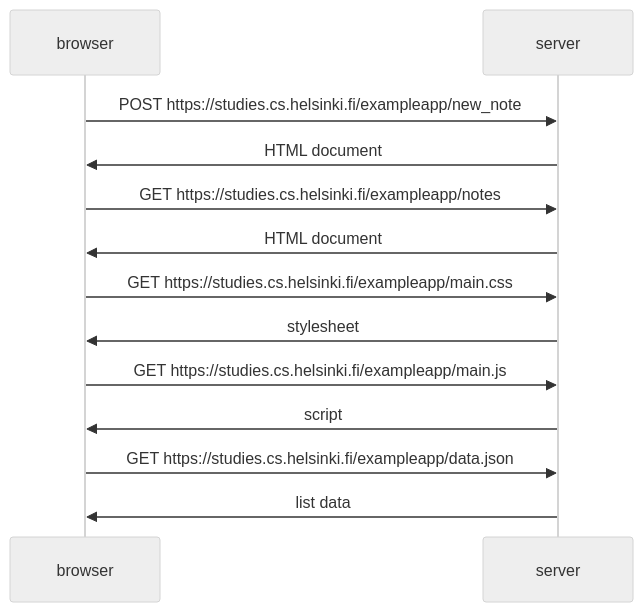
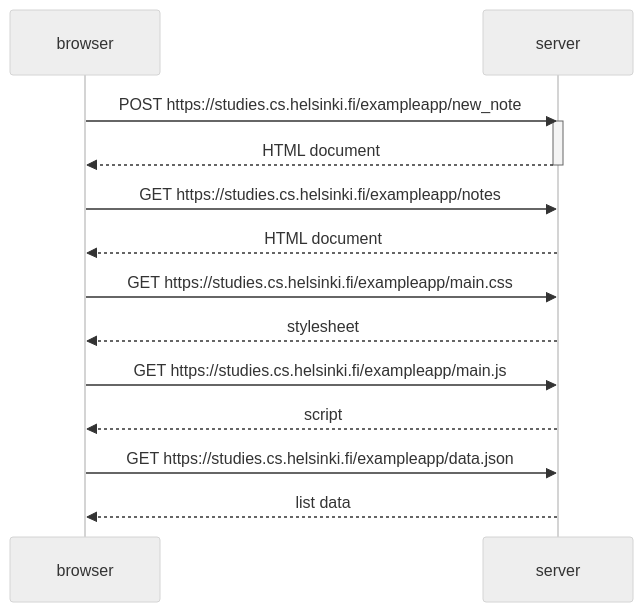
One commit to roopemyller/full_stack_open changed the diagram in osa0/0-4.md. Above: the diagram before and after it, drawn with Mermaid (neutral theme).

````diff
--- a/osa0/0-4.md
+++ b/osa0/0-4.md
@@ -1,15 +1,17 @@
 ```mermaid
 sequenceDiagram
     participant browser
     participant server
     browser->>server: POST https://studies.cs.helsinki.fi/exampleapp/new_note
-    server->>browser: HTML document;
+    activate server
+    server-->>browser: HTML document;
+    deactivate server
     browser->>server: GET https://studies.cs.helsinki.fi/exampleapp/notes;
-    server->>browser: HTML document;
+    server-->>browser: HTML document;
     browser->>server: GET https://studies.cs.helsinki.fi/exampleapp/main.css;
-    server->>browser: stylesheet;
+    server-->>browser: stylesheet;
     browser->>server: GET https://studies.cs.helsinki.fi/exampleapp/main.js;
-    server->>browser: script;
+    server-->>browser: script;
     browser->>server: GET https://studies.cs.helsinki.fi/exampleapp/data.json;
-    server->>browser: list data;
+    server-->>browser: list data;
 ```
````
